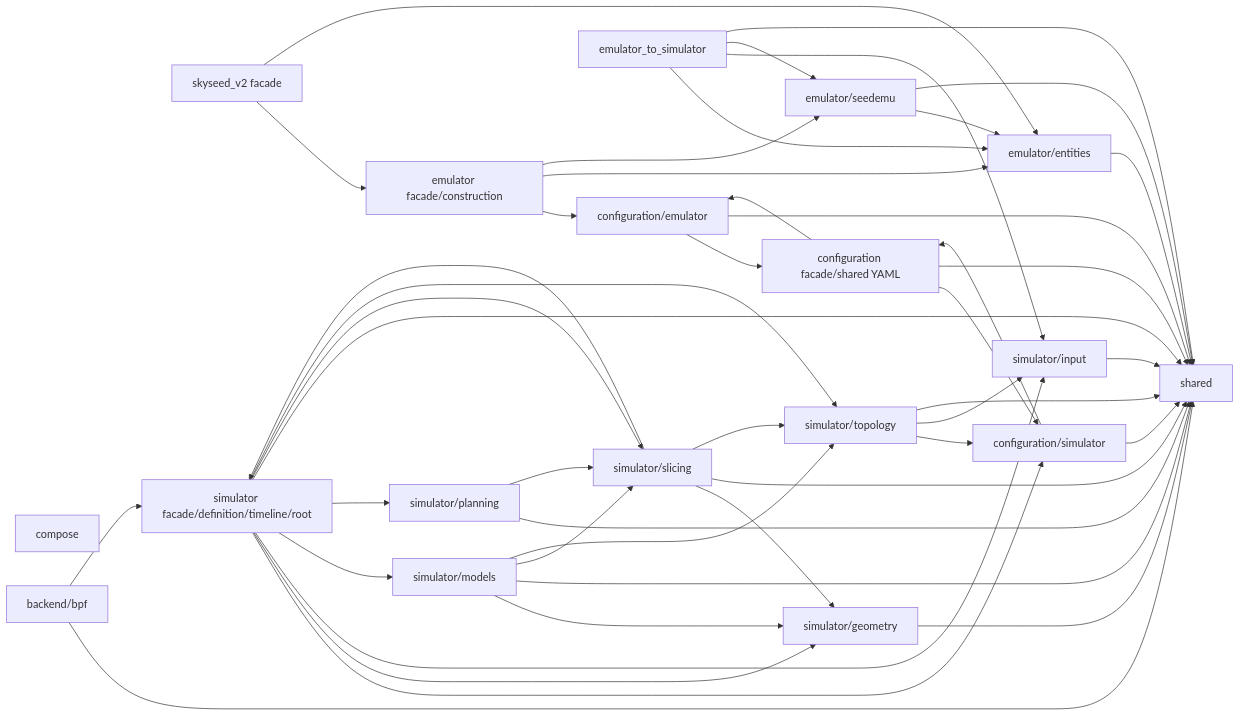
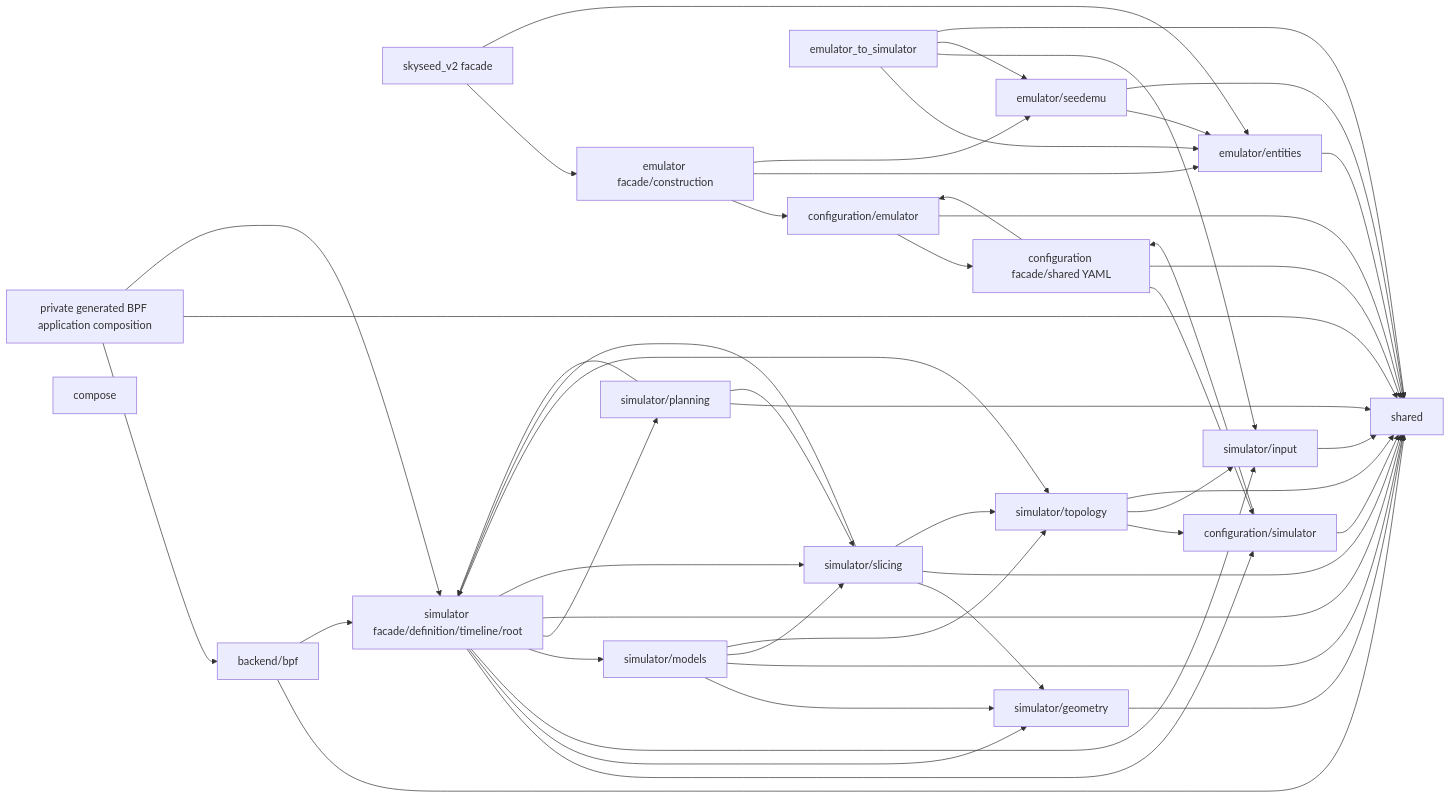
The diagram in skyseed_v2/docs/human-readable/repository-map.md (seed-labs/skyseed), drawn with Mermaid before and after one commit. The commit also changed other lines of this file and 145 other files, not shown here.

````diff
--- a/skyseed_v2/docs/human-readable/repository-map.md
+++ b/skyseed_v2/docs/human-readable/repository-map.md
@@ -8,66 +8,71 @@
 ```mermaid
 flowchart LR
     ROOT["skyseed_v2 facade"]
+    APP["private generated BPF application composition"]
     SHARED["shared"]
     CONFIG["configuration facade/shared YAML"]
     CONFIG_EMU["configuration/emulator"]
     CONFIG_SIM["configuration/simulator"]
     EMU["emulator facade/construction"]
     ENTITIES["emulator/entities"]
     SEED["emulator/seedemu"]
     BRIDGE["emulator_to_simulator"]
     INPUT["simulator/input"]
     SIM["simulator facade/definition/timeline/root"]
     GEOMETRY["simulator/geometry"]
     TOPOLOGY["simulator/topology"]
     SLICING["simulator/slicing"]
     MODELS["simulator/models"]
     PLANNING["simulator/planning"]
     COMPOSE["compose"]
     BPF["backend/bpf"]
 
+    APP --> BPF
+    APP --> SHARED
+    APP --> SIM
     BRIDGE --> ENTITIES
     BRIDGE --> INPUT
     BRIDGE --> SEED
     BRIDGE --> SHARED
     CONFIG --> CONFIG_EMU
     CONFIG --> CONFIG_SIM
     CONFIG --> SHARED
     CONFIG_EMU --> CONFIG
     CONFIG_EMU --> SHARED
     CONFIG_SIM --> CONFIG
     CONFIG_SIM --> SHARED
     EMU --> CONFIG_EMU
     EMU --> ENTITIES
     EMU --> SEED
     ENTITIES --> SHARED
     GEOMETRY --> SHARED
     INPUT --> SHARED
     MODELS --> GEOMETRY
     MODELS --> SHARED
     MODELS --> SLICING
     MODELS --> TOPOLOGY
     ROOT --> EMU
     ROOT --> ENTITIES
     SEED --> ENTITIES
     SEED --> SHARED
     SIM --> CONFIG_SIM
     SIM --> GEOMETRY
     SIM --> INPUT
     SIM --> MODELS
     SIM --> PLANNING
     SIM --> SHARED
     SIM --> SLICING
     SIM --> TOPOLOGY
     SLICING --> GEOMETRY
     SLICING --> SHARED
     SLICING --> SIM
     SLICING --> TOPOLOGY
     PLANNING --> SHARED
+    PLANNING --> SIM
     PLANNING --> SLICING
     TOPOLOGY --> CONFIG_SIM
     TOPOLOGY --> INPUT
     TOPOLOGY --> SHARED
     BPF --> SHARED
     BPF --> SIM
 ```
````
